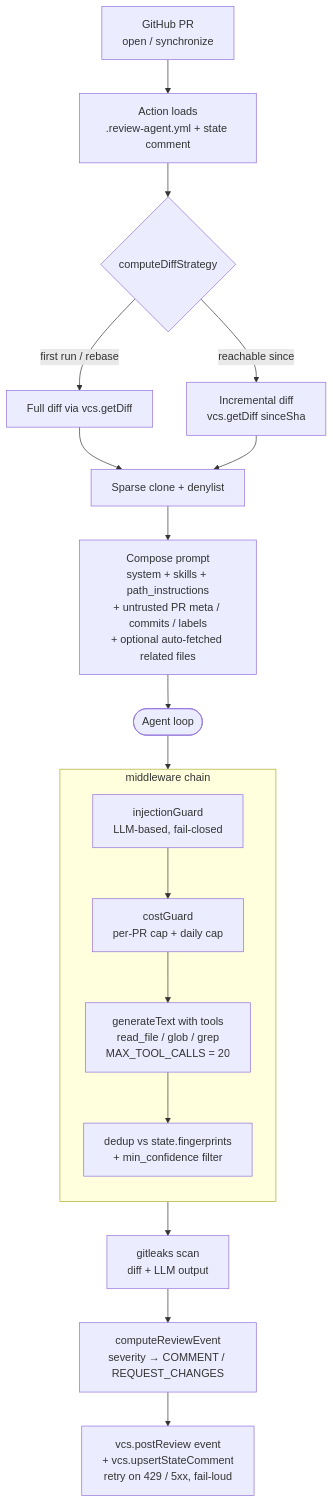
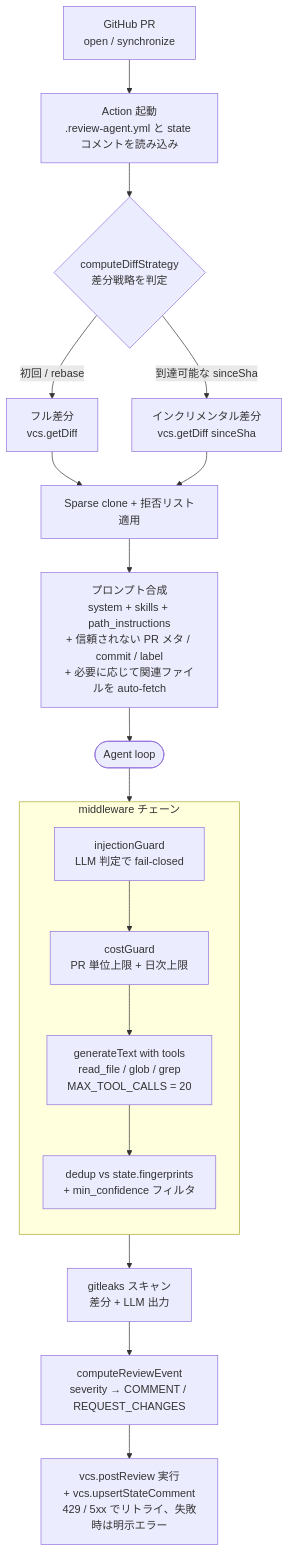
Before and after one commit to almondoo/review-agent: the diagram in docs/README.ja.md, drawn with Mermaid.

Commit message:
docs(ja): translate README.ja.md mermaid diagram labels to Japanese
The Japanese README's flowchart kept English labels for the
review-pipeline blocks. Translates the human-readable phrases
(loads / first run / Full diff / Sparse clone + denylist /
Compose prompt / middleware chain / etc.) while preserving:

- Code identifiers (computeDiffStrategy, vcs.getDiff,
  generateText, computeReviewEvent, vcs.postReview).
- Tool / option names (read_file, glob, grep, MAX_TOOL_CALLS).
- Filename / field references (.review-agent.yml, sinceSha,
  state.fingerprints, min_confidence).
- HTTP status codes (429 / 5xx) and review-event constants
  (COMMENT / REQUEST_CHANGES).

The English README.md keeps its diagram unchanged.

````diff
--- a/docs/README.ja.md
+++ b/docs/README.ja.md
@@ -115,21 +115,21 @@
 ```mermaid
 flowchart TD
-  PR[GitHub PR<br/>open / synchronize] --> ACT[Action loads<br/>.review-agent.yml + state comment]
-  ACT --> DIFF{computeDiffStrategy}
-  DIFF -- first run / rebase --> FULL[Full diff via vcs.getDiff]
-  DIFF -- reachable since --> INC[Incremental diff<br/>vcs.getDiff sinceSha]
-  FULL --> WS[Sparse clone + denylist]
+  PR[GitHub PR<br/>open / synchronize] --> ACT[Action 起動<br/>.review-agent.yml と state コメントを読み込み]
+  ACT --> DIFF{computeDiffStrategy<br/>差分戦略を判定}
+  DIFF -- 初回 / rebase --> FULL[フル差分<br/>vcs.getDiff]
+  DIFF -- 到達可能な sinceSha --> INC[インクリメンタル差分<br/>vcs.getDiff sinceSha]
+  FULL --> WS[Sparse clone + 拒否リスト適用]
   INC --> WS
-  WS --> PROMPT[Compose prompt<br/>system + skills + path_instructions<br/>+ untrusted PR meta / commits / labels<br/>+ optional auto-fetched related files]
+  WS --> PROMPT[プロンプト合成<br/>system + skills + path_instructions<br/>+ 信頼されない PR メタ / commit / label<br/>+ 必要に応じて関連ファイルを auto-fetch]
   PROMPT --> AGENT([Agent loop])
   AGENT --> MW
-  subgraph MW[middleware chain]
+  subgraph MW[middleware チェーン]
     direction TB
-    IG[injectionGuard<br/>LLM-based, fail-closed] --> CG[costGuard<br/>per-PR cap + daily cap]
+    IG[injectionGuard<br/>LLM 判定で fail-closed] --> CG[costGuard<br/>PR 単位上限 + 日次上限]
     CG --> MAIN[generateText with tools<br/>read_file / glob / grep<br/>MAX_TOOL_CALLS = 20]
-    MAIN --> DED[dedup vs state.fingerprints<br/>+ min_confidence filter]
+    MAIN --> DED[dedup vs state.fingerprints<br/>+ min_confidence フィルタ]
   end
-  MW --> GL[gitleaks scan<br/>diff + LLM output]
+  MW --> GL[gitleaks スキャン<br/>差分 + LLM 出力]
   GL --> EV[computeReviewEvent<br/>severity → COMMENT / REQUEST_CHANGES]
-  EV --> POST[vcs.postReview event<br/>+ vcs.upsertStateComment<br/>retry on 429 / 5xx, fail-loud]
+  EV --> POST[vcs.postReview 実行<br/>+ vcs.upsertStateComment<br/>429 / 5xx でリトライ、失敗時は明示エラー]
 ```
````
